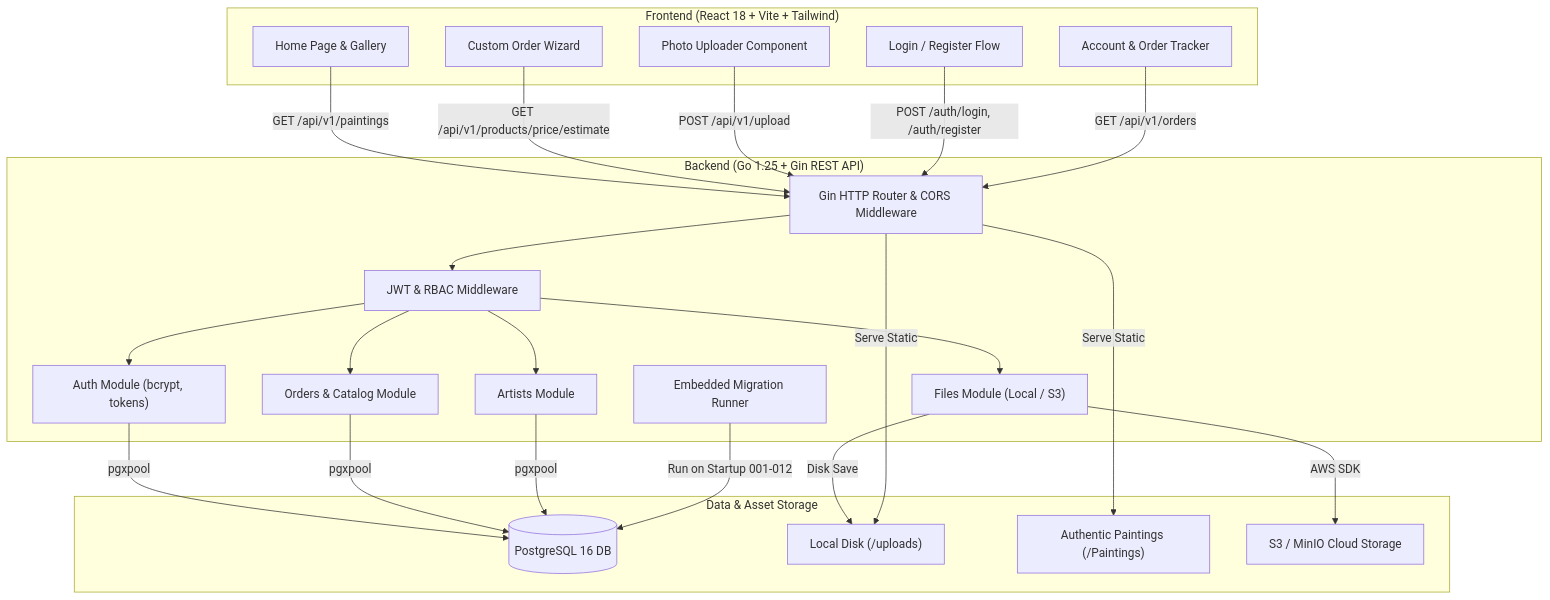
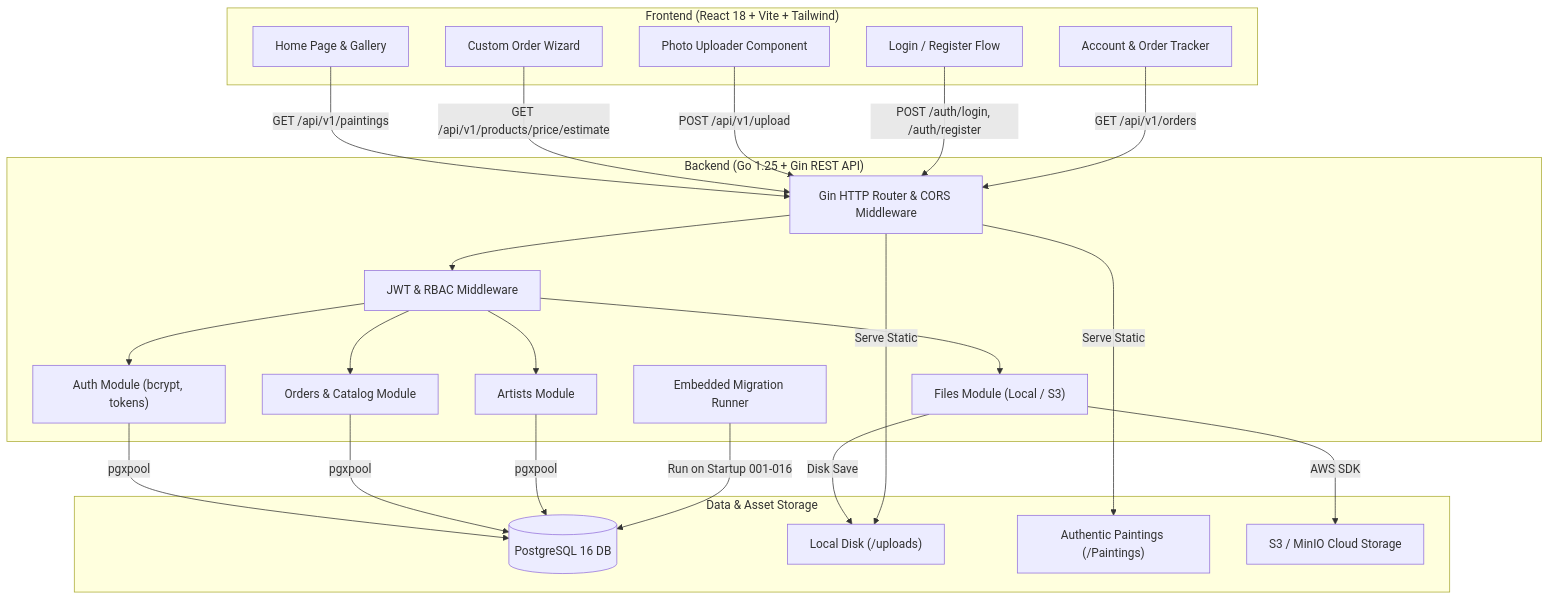
One commit to GaneshTerkar/artify-platform changed the first of 6 diagrams in docs/FUNCTIONALITY_GUIDE.md. Above: the diagram before and after it, drawn with Mermaid. The commit also changed other lines of this file and 30 other files, not shown here.

````diff
--- a/docs/FUNCTIONALITY_GUIDE.md
+++ b/docs/FUNCTIONALITY_GUIDE.md
@@ -27,48 +27,48 @@
 ```mermaid
 flowchart TD
     subgraph Client ["Frontend (React 18 + Vite + Tailwind)"]
         UI_Home["Home Page & Gallery"]
         UI_Wizard["Custom Order Wizard"]
         UI_Auth["Login / Register Flow"]
         UI_Account["Account & Order Tracker"]
         UI_Upload["Photo Uploader Component"]
     end
 
     subgraph Server ["Backend (Go 1.25 + Gin REST API)"]
         Router["Gin HTTP Router & CORS Middleware"]
         AuthMid["JWT & RBAC Middleware"]
         ModAuth["Auth Module (bcrypt, tokens)"]
         ModOrders["Orders & Catalog Module"]
         ModFiles["Files Module (Local / S3)"]
         ModArtists["Artists Module"]
         AutoMigrate["Embedded Migration Runner"]
     end
 
     subgraph Storage ["Data & Asset Storage"]
         PG[("PostgreSQL 16 DB")]
         DiskUploads["Local Disk (/uploads)"]
         DiskPaintings["Authentic Paintings (/Paintings)"]
         S3Bucket["S3 / MinIO Cloud Storage"]
     end
 
     UI_Home -->|GET /api/v1/paintings| Router
     UI_Wizard -->|GET /api/v1/products/price/estimate| Router
     UI_Upload -->|POST /api/v1/upload| Router
     UI_Auth -->|POST /auth/login, /auth/register| Router
     UI_Account -->|GET /api/v1/orders| Router
 
     Router --> AuthMid
     AuthMid --> ModAuth
     AuthMid --> ModOrders
     AuthMid --> ModFiles
     AuthMid --> ModArtists
 
     ModAuth -->|pgxpool| PG
     ModOrders -->|pgxpool| PG
     ModArtists -->|pgxpool| PG
     ModFiles -->|Disk Save| DiskUploads
     ModFiles -->|AWS SDK| S3Bucket
-    AutoMigrate -->|Run on Startup 001-012| PG
+    AutoMigrate -->|Run on Startup 001-016| PG
     Router -->|Serve Static| DiskPaintings
     Router -->|Serve Static| DiskUploads
 ```
````
